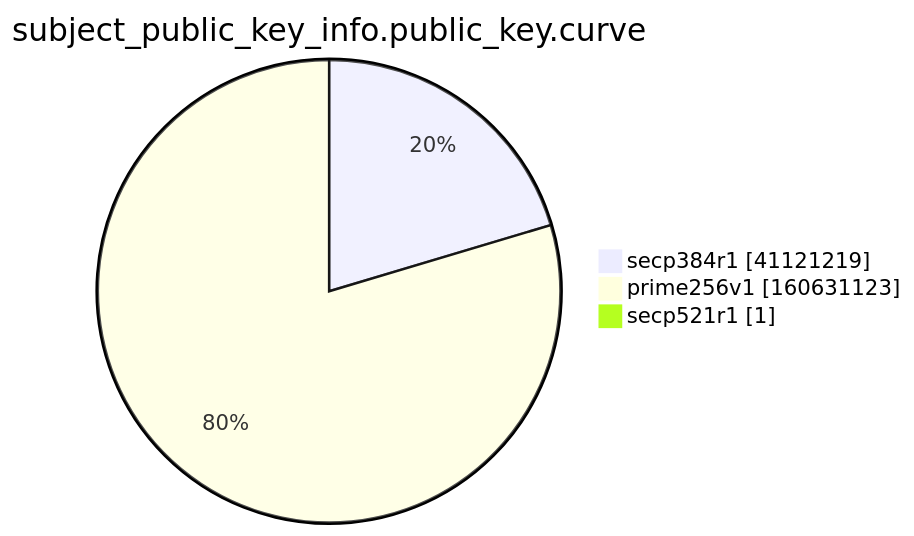
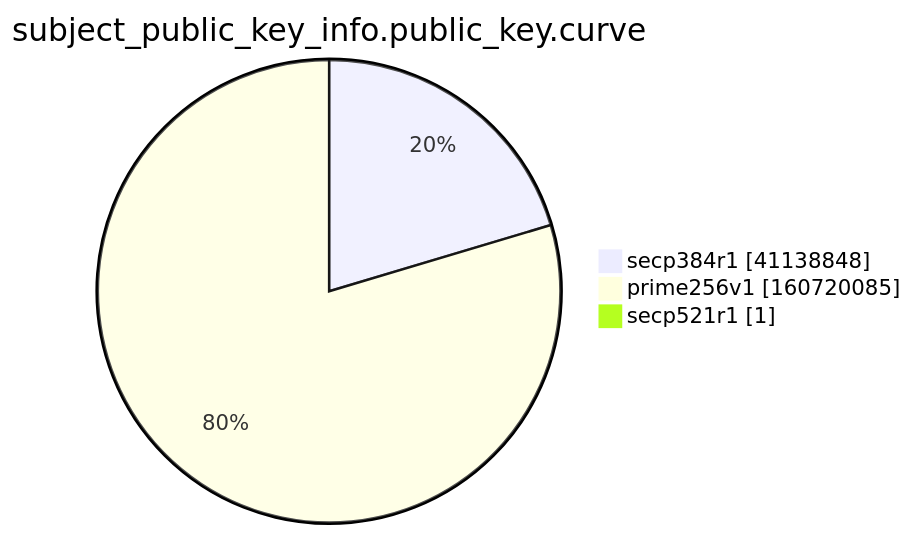
The ninth of 15 diagrams in xenon2022/README.md (christiankrug/ctmonitor_visualization), drawn with Mermaid before and after one commit. The commit also changed other lines of this file, not shown here.

````diff
--- a/xenon2022/README.md
+++ b/xenon2022/README.md
@@ -2868,7 +2868,7 @@
 ```mermaid
 pie showData
 title subject_public_key_info.public_key.curve
-"secp384r1" :41121219
-"prime256v1" :160631123
+"secp384r1" :41138848
+"prime256v1" :160720085
 "secp521r1" :1
 ```
````
